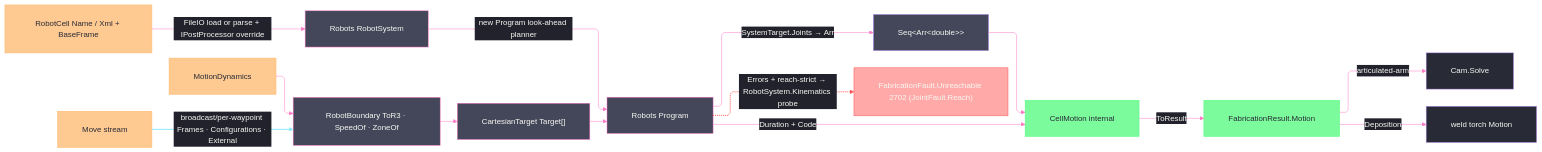
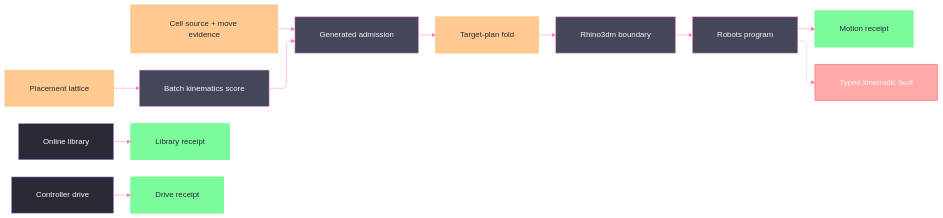
One commit to bsamiee/Rasm changed the diagram in libs/csharp/Rasm.Fabrication/.planning/Kinematics/cell.md. Above: the diagram before and after it, drawn with Mermaid. The commit also changed other lines of this file and 67 other files, not shown here.

````diff
--- a/libs/csharp/Rasm.Fabrication/.planning/Kinematics/cell.md
+++ b/libs/csharp/Rasm.Fabrication/.planning/Kinematics/cell.md
@@ -196,53 +690,48 @@
 ```mermaid
 ---
 config:
   theme: base
   look: classic
   layout: elk
   flowchart:
     curve: linear
     padding: 25
   themeVariables:
     darkMode: true
     fontFamily: "SF Mono, Menlo, Cascadia Mono, Segoe UI Mono, Consolas, monospace"
     useGradient: false
     dropShadow: "none"
     background: "#282A36"
     primaryColor: "#44475A"
     primaryTextColor: "#F8F8F2"
     primaryBorderColor: "#BD93F9"
     lineColor: "#FF79C6"
     textColor: "#F8F8F2"
     edgeLabelBackground: "#21222C"
     labelBackgroundColor: "#21222C"
   themeCSS: ".nodeLabel{font-size:13px;font-weight:500}.edgeLabel{font-size:12px;font-weight:500}.cluster-label .nodeLabel{font-size:13.5px;font-weight:700;letter-spacing:.08em}.edge-thickness-normal{stroke-width:2px}.edge-thickness-thick{stroke-width:3px}.edge-pattern-dashed,.edge-pattern-dotted{stroke-width:1.5px;stroke-dasharray:4 6}.node rect,.node circle,.node polygon,.node path,.node .outer-path{stroke-width:1.5px;filter:none!important}.cluster rect{stroke-width:1px!important;stroke-dasharray:5 4!important;filter:none!important}.marker path{transform:scale(.8);transform-origin:5px 5px}.marker circle{transform:scale(.48);transform-origin:5px 5px}.edgeLabel rect{transform-box:fill-box;transform-origin:center;transform:scale(1.1,1.2)}"
 ---
 flowchart LR
-    accTitle: Robot-cell kinematics owner
-    accDescr: RobotProgram.Solve loads a Robots cell with the policy post override, maps owner moves through the Rhino3dm boundary with external-axis posture, compiles the Program planner, derives typed reach diagnostics from the batch solve, and returns FabricationResult.Motion.
-    Cell["RobotCell Name / Xml + BaseFrame"] -->|"FileIO load or parse + IPostProcessor override"| System["Robots RobotSystem"]
-    Moves["Move stream"] -->|"broadcast/per-waypoint Frames · Configurations · External"| Boundary["RobotBoundary ToR3 · SpeedOf · ZoneOf"]
-    Dynamics["MotionDynamics"] --> Boundary
-    Boundary --> Targets["CartesianTarget Target[]"]
-    System -->|new Program look-ahead planner| Program["Robots Program"]
-    Targets --> Program
-    Program -->|SystemTarget.Joints → Arr| Joints["Seq&lt;Arr&lt;double&gt;&gt;"]
-    Program -->|Duration + Code| CellMotion["CellMotion internal"]
-    Program -.->|"Errors + reach-strict → RobotSystem.Kinematics probe"| Fault["FabricationFault.Unreachable 2702 (JointFault.Reach)"]
-    Joints --> CellMotion
-    CellMotion -->|ToResult| Motion["FabricationResult.Motion"]
-    Motion -->|articulated-arm| Cam["Cam.Solve"]
-    Motion -->|Deposition| Weld["weld torch Motion"]
-    class Cell,Moves,Dynamics data
-    class Boundary,System,Targets,Program primary
-    class CellMotion,Motion success
-    class Fault error
-    class Cam,Weld boundary
+    accTitle: Robot-cell lifecycle
+    accDescr: Admitted cell identity and move evidence generate Cartesian or joint targets, cross the Rhino3dm boundary once, compile through the Robots program owner, fold provider diagnostics into typed faults, and project the frozen motion receipt while library and controller effects remain separate boundary modalities.
+    Raw["Cell source + move evidence"] --> Admit["Generated admission"]
+    Search["Placement lattice"] --> Batch["Batch kinematics score"]
+    Batch --> Admit
+    Admit --> Plan["Target-plan fold"]
+    Plan --> Alias["Rhino3dm boundary"]
+    Alias --> Program["Robots program"]
+    Program --> Motion["Motion receipt"]
+    Program -.-> Fault["Typed kinematic fault"]
+    Library["Online library"] --> Catalog["Library receipt"]
+    Drive["Controller drive"] --> DriveFact["Drive receipt"]
     classDef primary fill:#44475A,stroke:#FF79C6,color:#F8F8F2
     classDef success fill:#50FA7BBF,stroke:#50FA7B,color:#282A36
     classDef data fill:#FFB86CBF,stroke:#FFB86C,color:#282A36
     classDef boundary fill:#282A36,stroke:#BD93F9,color:#F8F8F2
     classDef error fill:#FF555580,stroke:#FF5555,color:#F8F8F2
-    linkStyle 1 stroke:#8BE9FD,stroke-width:2px
-    linkStyle 8 stroke:#FF5555,stroke-width:2px
+    class Raw,Plan,Search data
+    class Admit,Alias,Program,Batch primary
+    class Motion,Catalog,DriveFact success
+    class Library,Drive boundary
+    class Fault error
 ```
````
